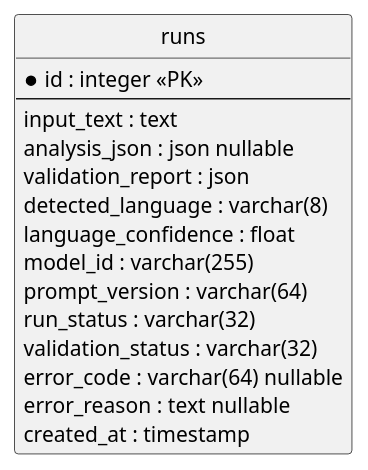
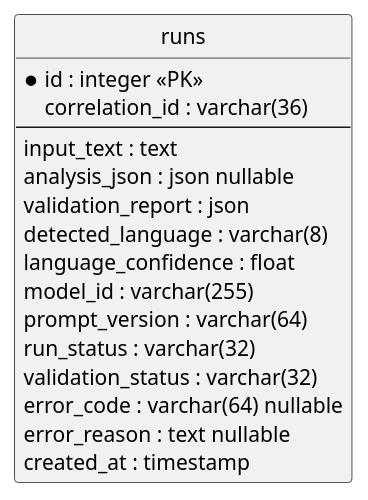
The diagram in docs/diagrams/db-erd.puml (r0brt/scm-01), drawn with PlantUML before and after one commit. The commit also changed 27 other files, not shown here.

First line of the commit message:
Expand arc42 diagrams and data model docs (#41)

```diff
--- a/docs/diagrams/db-erd.puml
+++ b/docs/diagrams/db-erd.puml
@@ -1,22 +1,23 @@
 @startuml
 hide circle
 skinparam linetype ortho
 
 entity "runs" as runs {
   *id : integer <<PK>>
+  correlation_id : varchar(36)
   --
   input_text : text
   analysis_json : json nullable
   validation_report : json
   detected_language : varchar(8)
   language_confidence : float
   model_id : varchar(255)
   prompt_version : varchar(64)
   run_status : varchar(32)
   validation_status : varchar(32)
   error_code : varchar(64) nullable
   error_reason : text nullable
   created_at : timestamp
 }
 
 @enduml
```
